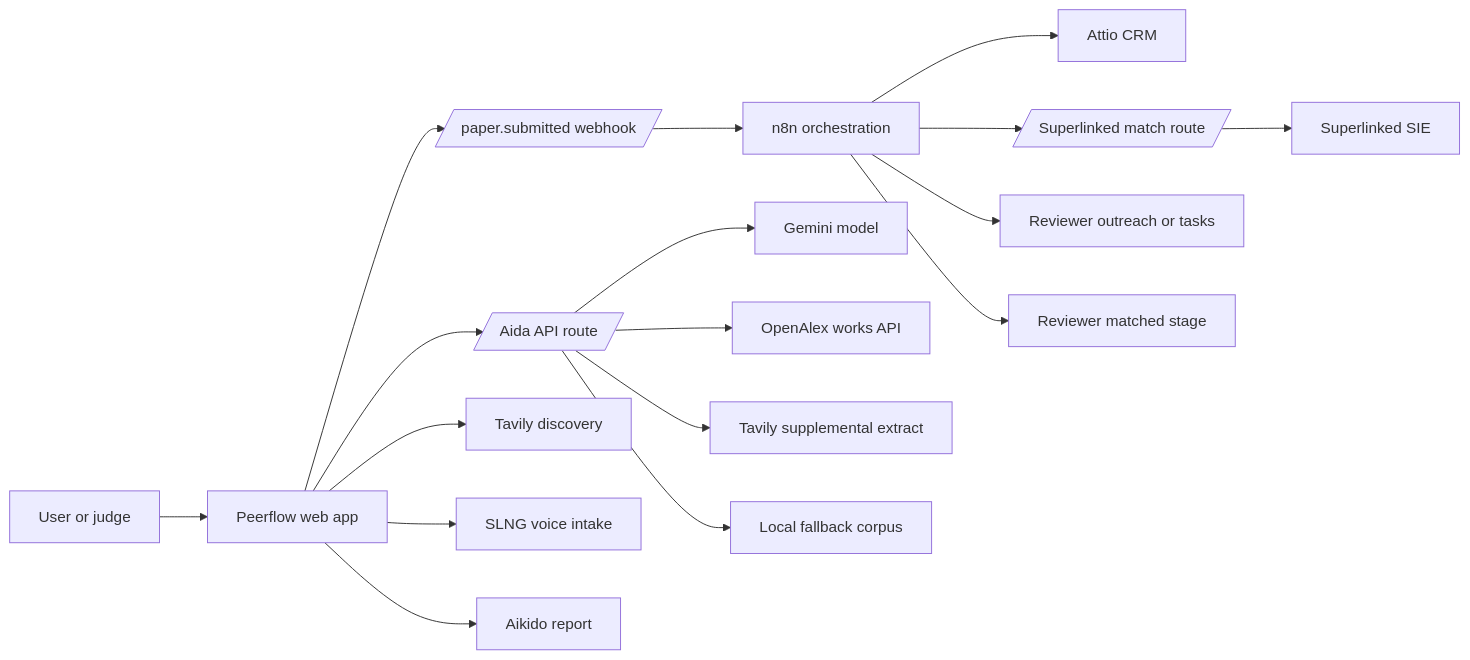
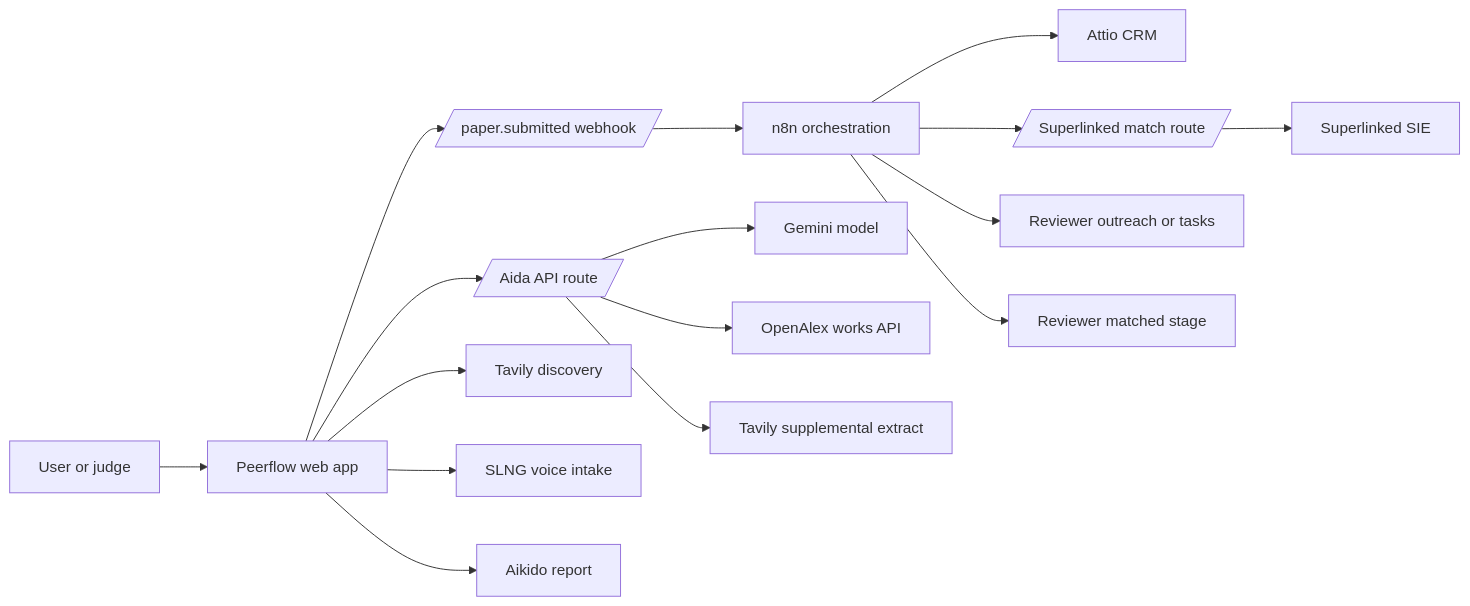
Before and after one commit to MasteraSnackin/Peerflow: the diagram in README.md, drawn with Mermaid. The commit also changed other lines of this file and 9 other files, not shown here.

Commit message:
Remove local Aida fallback corpus

````diff
--- a/README.md
+++ b/README.md
@@ -73,19 +74,18 @@
 ```mermaid
 flowchart LR
   User[User or judge] --> WebApp[Peerflow web app]
   WebApp --> AidaAPI[/Aida API route/]
   WebApp --> SubmitEvent[/paper.submitted webhook/]
   WebApp --> Discovery[Tavily discovery]
   SubmitEvent --> N8N[n8n orchestration]
   N8N --> CRM[Attio CRM]
   N8N --> MatchAPI[/Superlinked match route/]
   N8N --> Outreach[Reviewer outreach or tasks]
   N8N --> Stage[Reviewer matched stage]
   AidaAPI --> Gemini[Gemini model]
   AidaAPI --> OpenAlex[OpenAlex works API]
   AidaAPI --> Tavily[Tavily supplemental extract]
-  AidaAPI --> Corpus[Local fallback corpus]
   MatchAPI --> SIE[Superlinked SIE]
   WebApp --> Voice[SLNG voice intake]
   WebApp --> Security[Aikido report]
 ```
````
